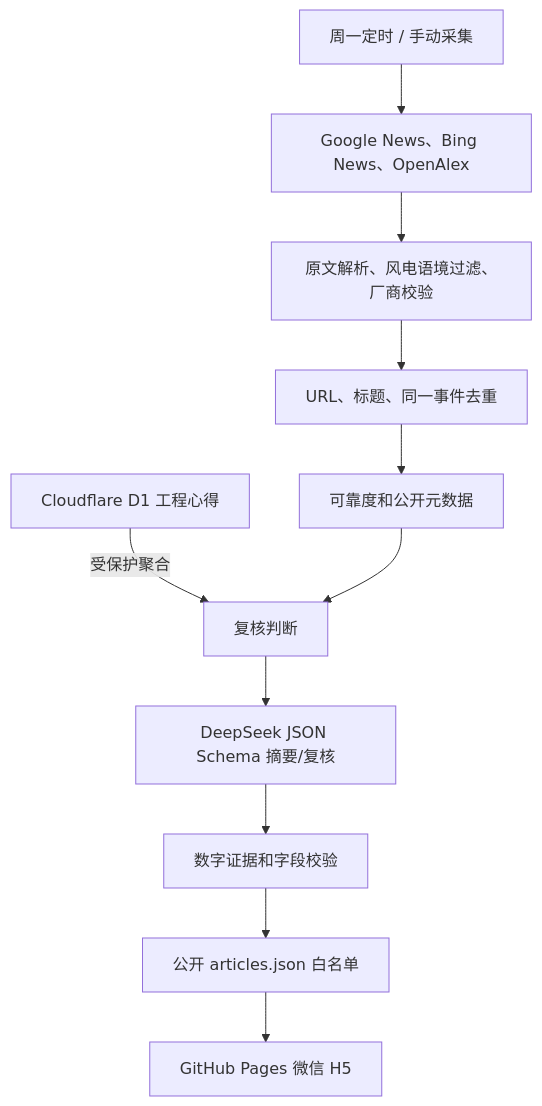
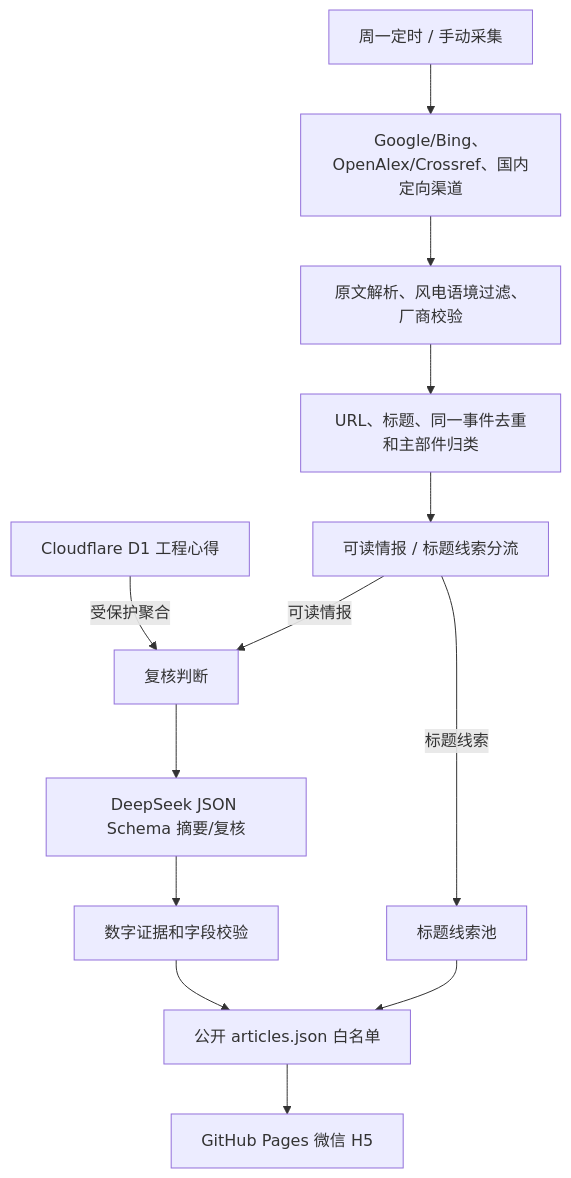
One commit to WxF5ve/wind-drivetrain-intelligence changed the diagram in HUNDOFF.md. Above: the diagram before and after it, drawn with Mermaid. The commit also changed other lines of this file and 2 other files, not shown here.

````diff
--- a/HUNDOFF.md
+++ b/HUNDOFF.md
@@ -202,13 +208,15 @@
 ```mermaid
 flowchart TD
-    A["周一定时 / 手动采集"] --> B["Google News、Bing News、OpenAlex"]
+    A["周一定时 / 手动采集"] --> B["Google/Bing、OpenAlex/Crossref、国内定向渠道"]
     B --> C["原文解析、风电语境过滤、厂商校验"]
-    C --> D["URL、标题、同一事件去重"]
-    D --> E["可靠度和公开元数据"]
+    C --> D["URL、标题、同一事件去重和主部件归类"]
+    D --> E["可读情报 / 标题线索分流"]
+    E -->|"标题线索"| L["标题线索池"]
     F["Cloudflare D1 工程心得"] -->|"受保护聚合"| G["复核判断"]
-    E --> G
+    E -->|"可读情报"| G
     G --> H["DeepSeek JSON Schema 摘要/复核"]
     H --> I["数字证据和字段校验"]
     I --> J["公开 articles.json 白名单"]
+    L --> J
     J --> K["GitHub Pages 微信 H5"]
 ```
````
